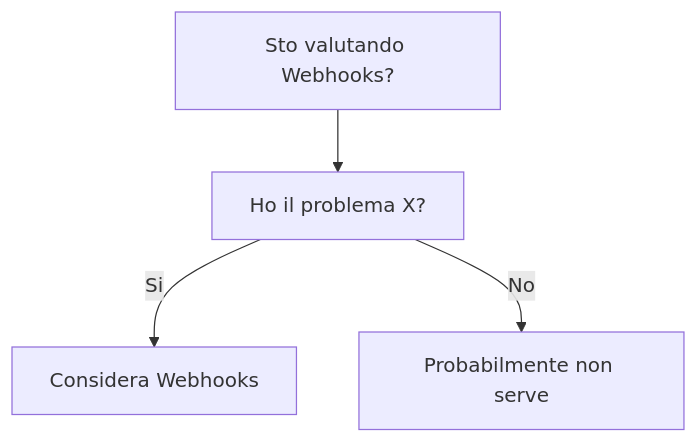
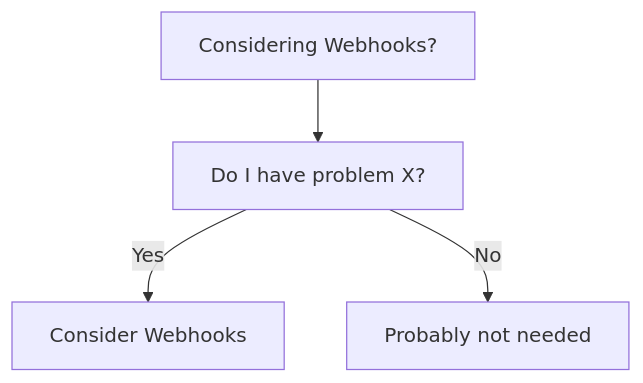
One commit to HxT9/Software-Dev-Wiki changed the diagram in dev-wiki/07_Networking/Webhooks/When_To_Use.md. Above: the diagram before and after it, drawn with Mermaid. The commit also changed other lines of this file and 3444 other files, not shown here.

````diff
--- a/dev-wiki/07_Networking/Webhooks/When_To_Use.md
+++ b/dev-wiki/07_Networking/Webhooks/When_To_Use.md
@@ -19,6 +19,6 @@
 ```mermaid
 flowchart TD
-  Q[Sto valutando Webhooks?] --> Q1[Ho il problema X?]
-  Q1 -->|Si| OK[Considera Webhooks]
-  Q1 -->|No| NO[Probabilmente non serve]
+  Q[Considering Webhooks?] --> Q1[Do I have problem X?]
+  Q1 -->|Yes| OK[Consider Webhooks]
+  Q1 -->|No| NO[Probably not needed]
 ```
````
